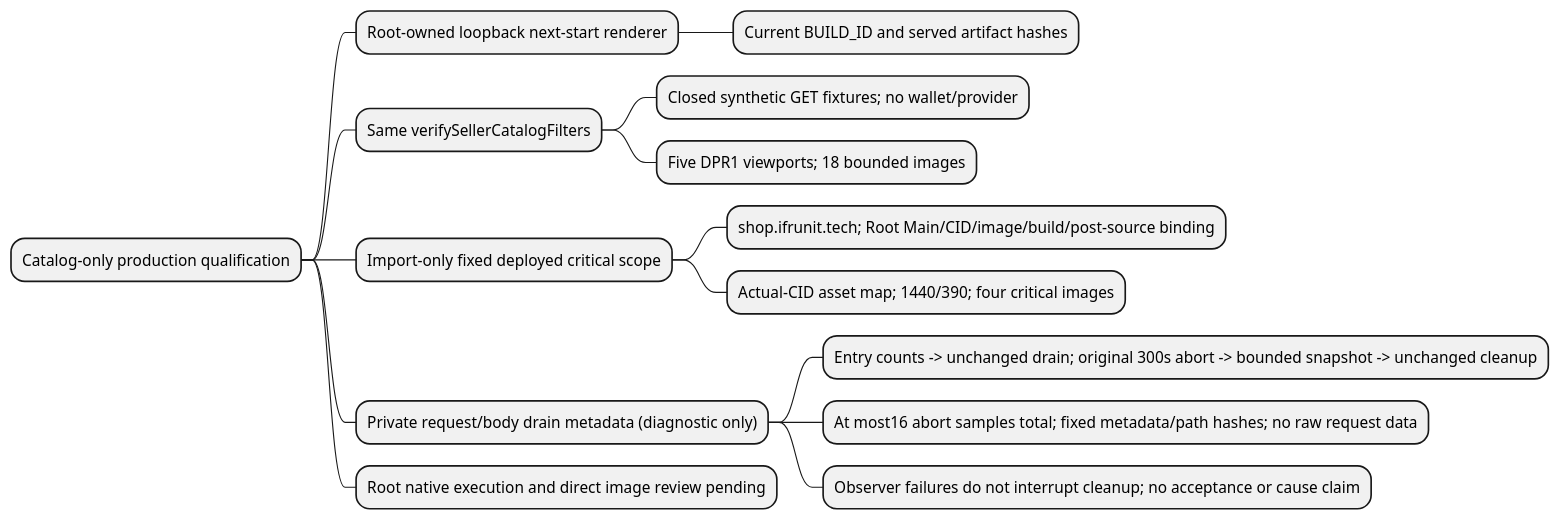
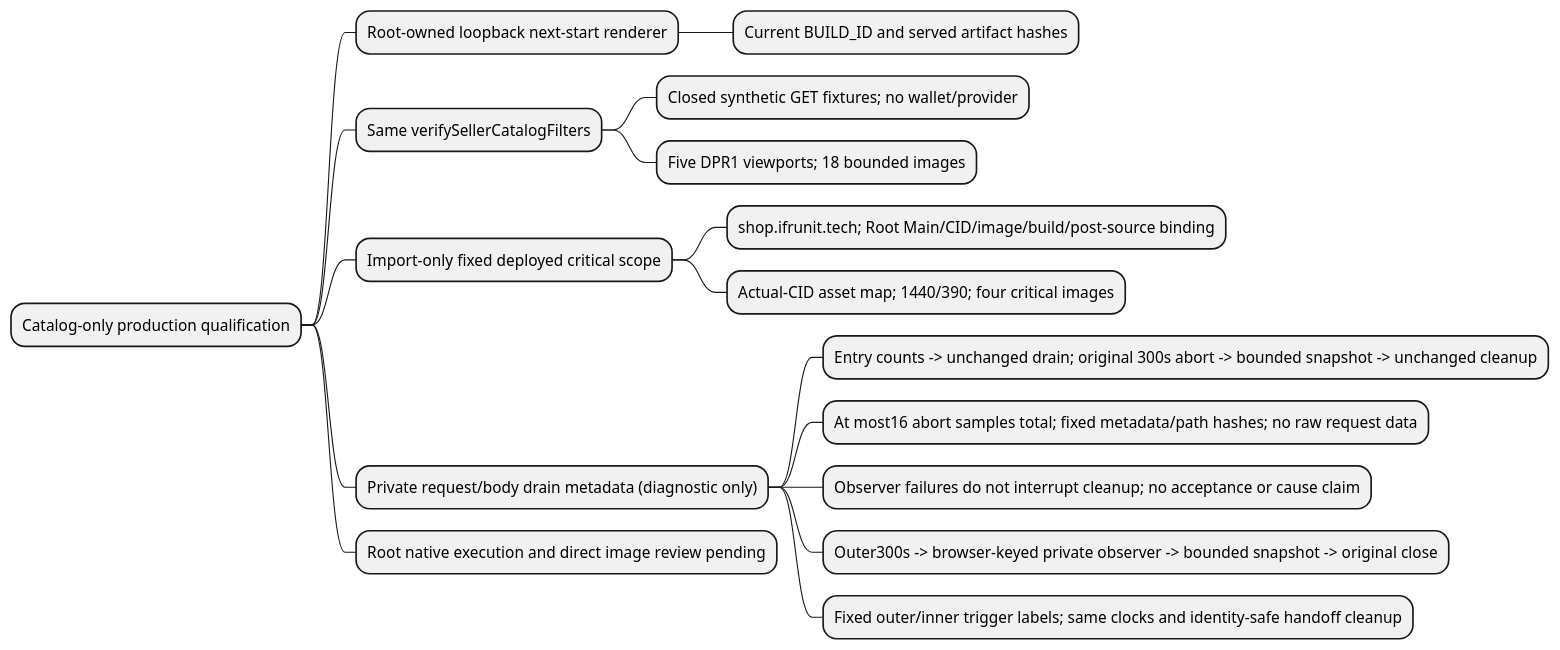
One commit to NeaBouli/inferno changed diagram 26 of 26 in docs/architecture/map.puml. Above: the diagram before and after it, drawn with PlantUML. The commit also changed 3 other files, not shown here.

```diff
--- a/docs/architecture/map.puml
+++ b/docs/architecture/map.puml
@@ -414,16 +414,18 @@
 @startmindmap catalog_production_qualification_419
 * Catalog-only production qualification
 ** Root-owned loopback next-start renderer
 *** Current BUILD_ID and served artifact hashes
 ** Same verifySellerCatalogFilters
 *** Closed synthetic GET fixtures; no wallet/provider
 *** Five DPR1 viewports; 18 bounded images
 ** Import-only fixed deployed critical scope
 *** shop.ifrunit.tech; Root Main/CID/image/build/post-source binding
 *** Actual-CID asset map; 1440/390; four critical images
 ** Private request/body drain metadata (diagnostic only)
 *** Entry counts -> unchanged drain; original 300s abort -> bounded snapshot -> unchanged cleanup
 *** At most16 abort samples total; fixed metadata/path hashes; no raw request data
 *** Observer failures do not interrupt cleanup; no acceptance or cause claim
+*** Outer300s -> browser-keyed private observer -> bounded snapshot -> original close
+*** Fixed outer/inner trigger labels; same clocks and identity-safe handoff cleanup
 ** Root native execution and direct image review pending
 @endmindmap
```
